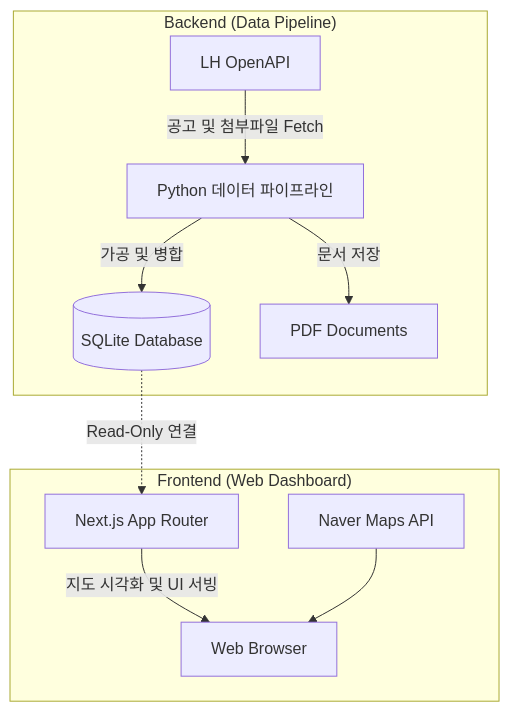
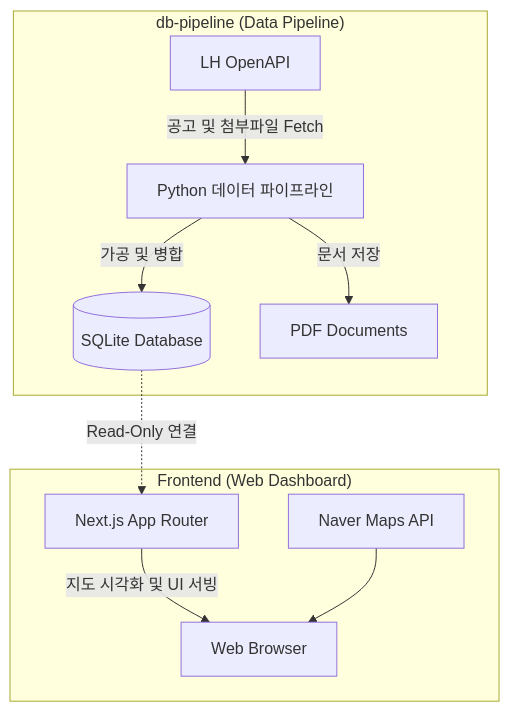
Before and after one commit to JaeMin1130/pleasehome: the diagram in README.md, drawn with Mermaid. The commit also changed other lines of this file and 14 other files, not shown here.

````diff
--- a/README.md
+++ b/README.md
@@ -67,14 +67,14 @@
 ```mermaid
 graph TD
-    subgraph "Backend (Data Pipeline)"
+    subgraph "db-pipeline (Data Pipeline)"
         LH_API[LH OpenAPI] --> |공고 및 첨부파일 Fetch| Python_ETL[Python 데이터 파이프라인]
         Python_ETL --> |가공 및 병합| SQLite[(SQLite Database)]
         Python_ETL --> |문서 저장| PDF_Storage[PDF Documents]
     end
 
     subgraph "Frontend (Web Dashboard)"
         SQLite -.-> |Read-Only 연결| Next_Server[Next.js App Router]
         Next_Server --> |지도 시각화 및 UI 서빙| Client[Web Browser]
         Naver_Map[Naver Maps API] --> Client
     end
 ```
````
